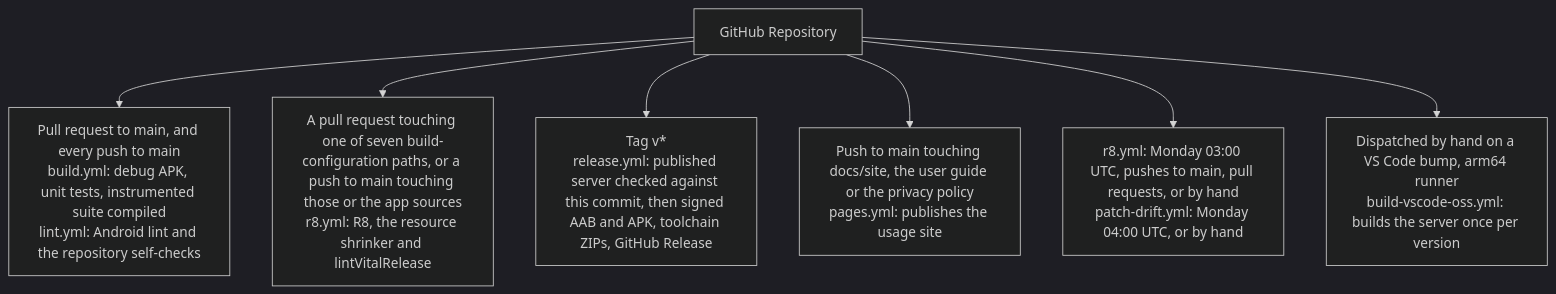
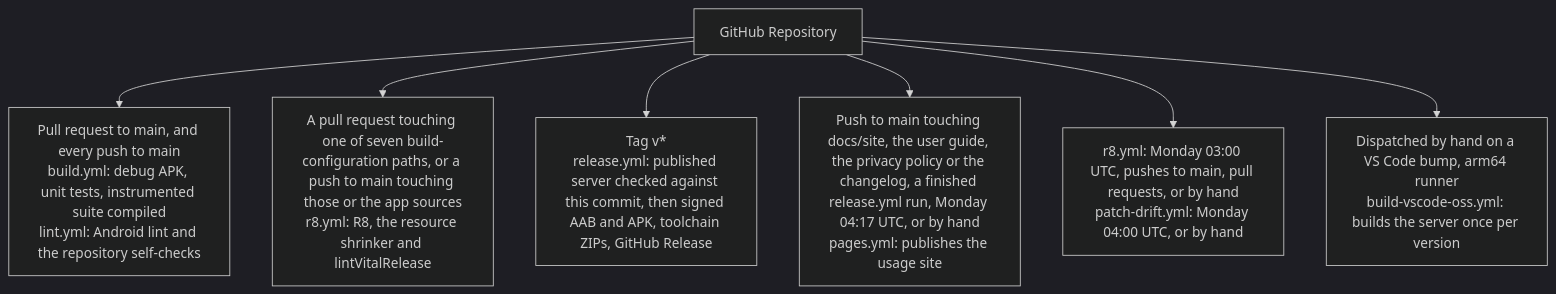
Before and after one commit to rmyndharis/VSCodroid: the second of 2 diagrams in docs/10-RELEASE_PLAN.md, drawn with Mermaid (dark theme). The commit also changed 14 other files, not shown here.

First line of the commit message:
docs: redesign the site and publish release notes (#653)

````diff
--- a/docs/10-RELEASE_PLAN.md
+++ b/docs/10-RELEASE_PLAN.md
@@ -47,9 +47,9 @@
 ```mermaid
 flowchart TD
   REPO["GitHub Repository"] --> B1["Pull request to main, and every push to main<br/>build.yml: debug APK, unit tests, instrumented suite compiled<br/>lint.yml: Android lint and the repository self-checks"]
   REPO --> B2["A pull request touching one of seven build-configuration paths, or a push to main touching those or the app sources<br/>r8.yml: R8, the resource shrinker and lintVitalRelease"]
   REPO --> B3["Tag v*<br/>release.yml: published server checked against this commit, then signed AAB and APK, toolchain ZIPs, GitHub Release"]
-  REPO --> B4["Push to main touching docs/site, the user guide or the privacy policy<br/>pages.yml: publishes the usage site"]
+  REPO --> B4["Push to main touching docs/site, the user guide, the privacy policy or the changelog, a finished release.yml run, Monday 04:17 UTC, or by hand<br/>pages.yml: publishes the usage site"]
   REPO --> B5["r8.yml: Monday 03:00 UTC, pushes to main, pull requests, or by hand<br/>patch-drift.yml: Monday 04:00 UTC, or by hand"]
   REPO --> B6["Dispatched by hand on a VS Code bump, arm64 runner<br/>build-vscode-oss.yml: builds the server once per version"]
 ```
````
